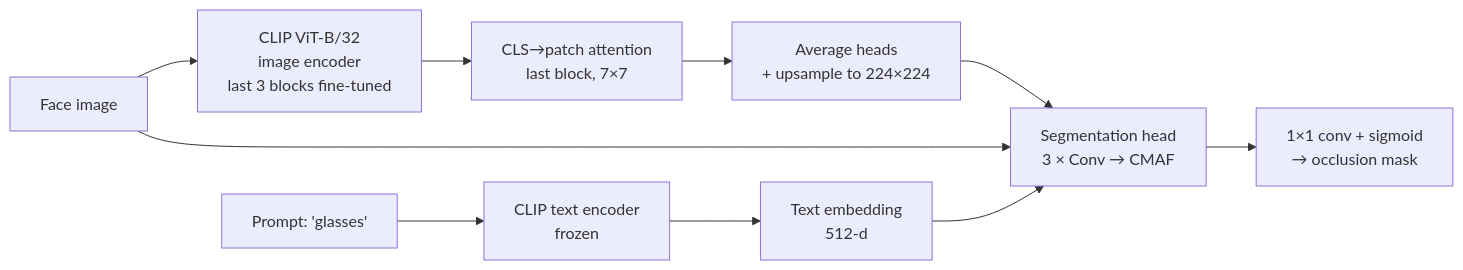
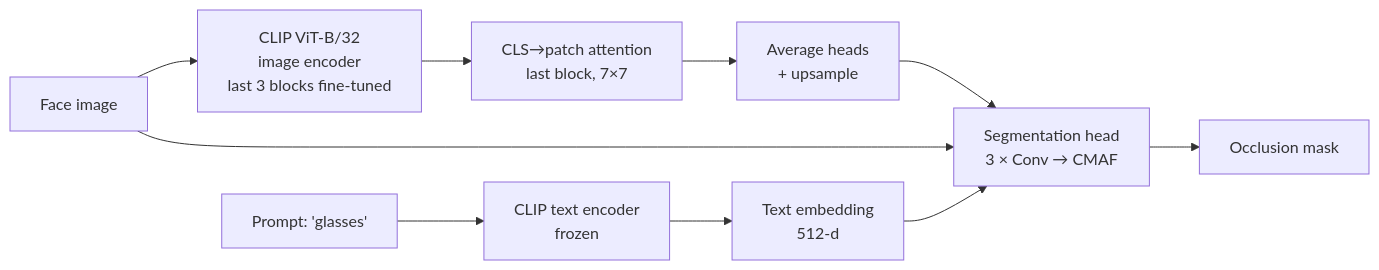
The diagram in README.md (SreenityaThatikunta/Visus), drawn with Mermaid before and after one commit. The commit also changed other lines of this file and 2 other files, not shown here.

````diff
--- a/README.md
+++ b/README.md
@@ -44,12 +64,12 @@
 ```mermaid
 flowchart LR
     I[Face image] --> V[CLIP ViT-B/32<br/>image encoder<br/>last 3 blocks fine-tuned]
     V --> A[CLS→patch attention<br/>last block, 7×7]
-    A --> U[Average heads<br/>+ upsample to 224×224]
+    A --> U[Average heads<br/>+ upsample]
     P["Prompt: 'glasses'"] --> T[CLIP text encoder<br/>frozen]
     T --> F[Text embedding<br/>512-d]
     U --> H[Segmentation head<br/>3 × Conv → CMAF]
     I --> H
     F --> H
-    H --> M[1×1 conv + sigmoid<br/>→ occlusion mask]
+    H --> M[Occlusion mask]
 ```
````
